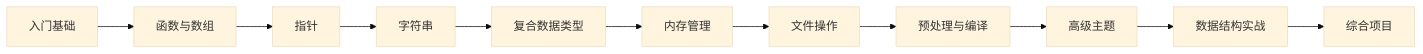
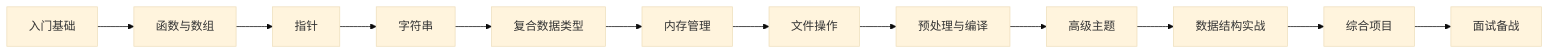
One commit to 223daxiu/embedded-kb changed the diagram in docs/c-language/index.md. Above: the diagram before and after it, drawn with Mermaid (base theme). The commit also changed other lines of this file and 1 other file, not shown here.

````diff
--- a/docs/c-language/index.md
+++ b/docs/c-language/index.md
@@ -7,13 +7,14 @@
 ```mermaid
 graph LR
     A[入门基础] --> B[函数与数组]
     B --> C[指针]
     C --> D[字符串]
     D --> E[复合数据类型]
     E --> F[内存管理]
     F --> G[文件操作]
     G --> H[预处理与编译]
     H --> I[高级主题]
     I --> J[数据结构实战]
     J --> K[综合项目]
+    K --> L[面试备战]
 ```
````
